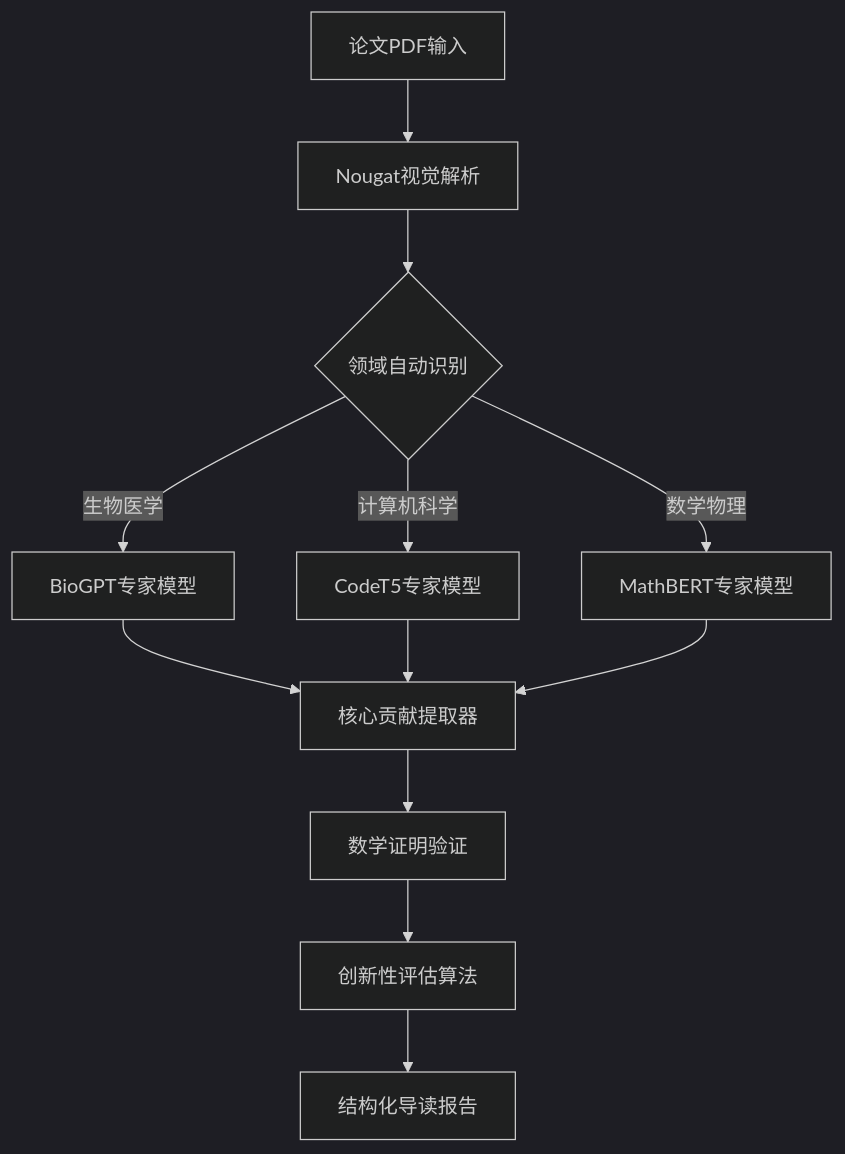
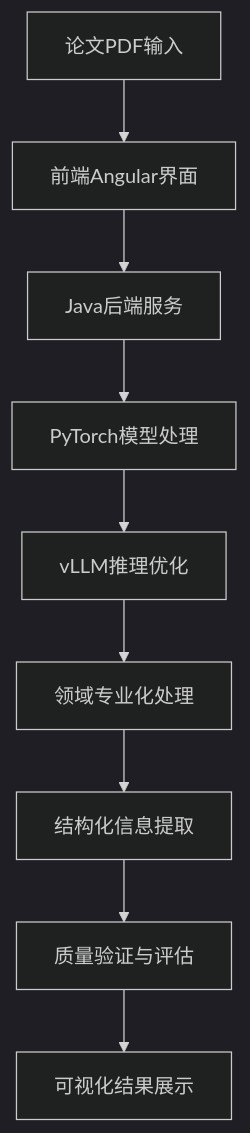
One commit to sawyerbutton/DT-LLM-X-Course-Design changed the diagram in Public_Course_Content/02_详细课程大纲.md. Above: the diagram before and after it, drawn with Mermaid (dark theme). The commit also changed other lines of this file and 2 other files, not shown here.

````diff
--- a/Public_Course_Content/02_详细课程大纲.md
+++ b/Public_Course_Content/02_详细课程大纲.md
@@ -38,14 +38,11 @@
 ```mermaid
 graph TD
-    A[论文PDF输入] --> B[Nougat视觉解析]
-    B --> C{领域自动识别}
-    C -->|生物医学| D[BioGPT专家模型]
-    C -->|计算机科学| E[CodeT5专家模型]
-    C -->|数学物理| F[MathBERT专家模型]
-    D --> G[核心贡献提取器]
-    E --> G
-    F --> G
-    G --> H[数学证明验证]
-    H --> I[创新性评估算法]
-    I --> J[结构化导读报告]
+    A[论文PDF输入] --> B[前端Angular界面]
+    B --> C[Java后端服务]
+    C --> D[PyTorch模型处理]
+    D --> E[vLLM推理优化]
+    E --> F[领域专业化处理]
+    F --> G[结构化信息提取]
+    G --> H[质量验证与评估]
+    H --> I[可视化结果展示]
 ```
````
